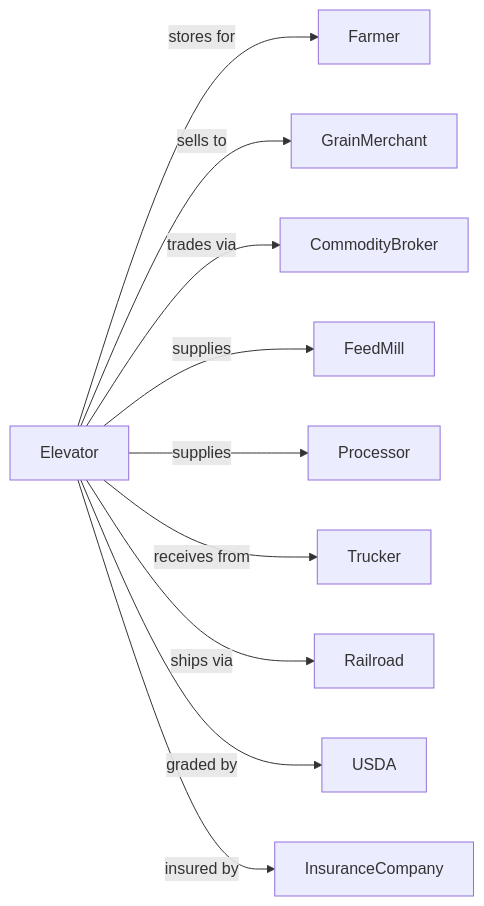
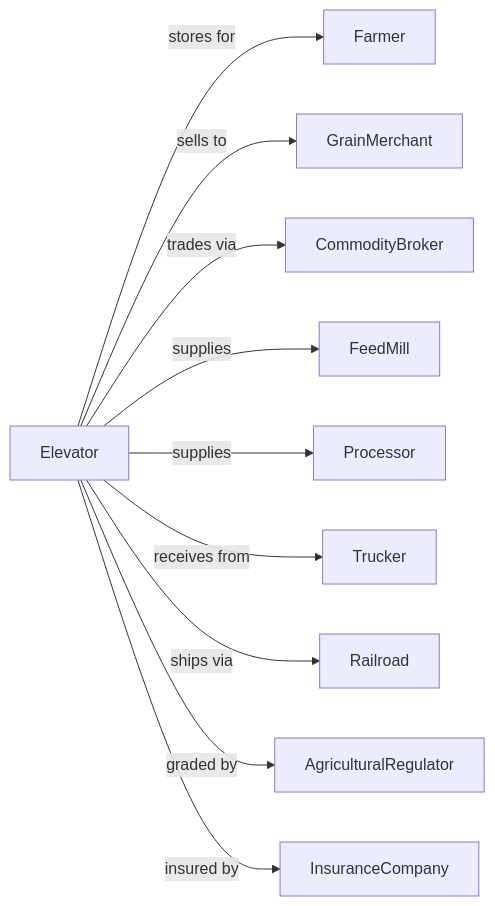
Before and after one commit to dot-org-ai/industries.org.ai: the second of 2 diagrams in Transportation/WarehousingAndStorage/WarehousingAndStorage/FarmProductWarehousingAndStorage.mdx, drawn with Mermaid. The commit also changed other lines of this file and 588 other files, not shown here.

````diff
--- a/Transportation/WarehousingAndStorage/WarehousingAndStorage/FarmProductWarehousingAndStorage.mdx
+++ b/Transportation/WarehousingAndStorage/WarehousingAndStorage/FarmProductWarehousingAndStorage.mdx
@@ -133,14 +133,14 @@
 ```mermaid
 graph LR
     E[Elevator]
 
     E -->|stores for| Farmer
     E -->|sells to| GrainMerchant
     E -->|trades via| CommodityBroker
     E -->|supplies| FeedMill
     E -->|supplies| Processor
     E -->|receives from| Trucker
     E -->|ships via| Railroad
-    E -->|graded by| USDA
+    E -->|graded by| AgriculturalRegulator
     E -->|insured by| InsuranceCompany
 ```
````
